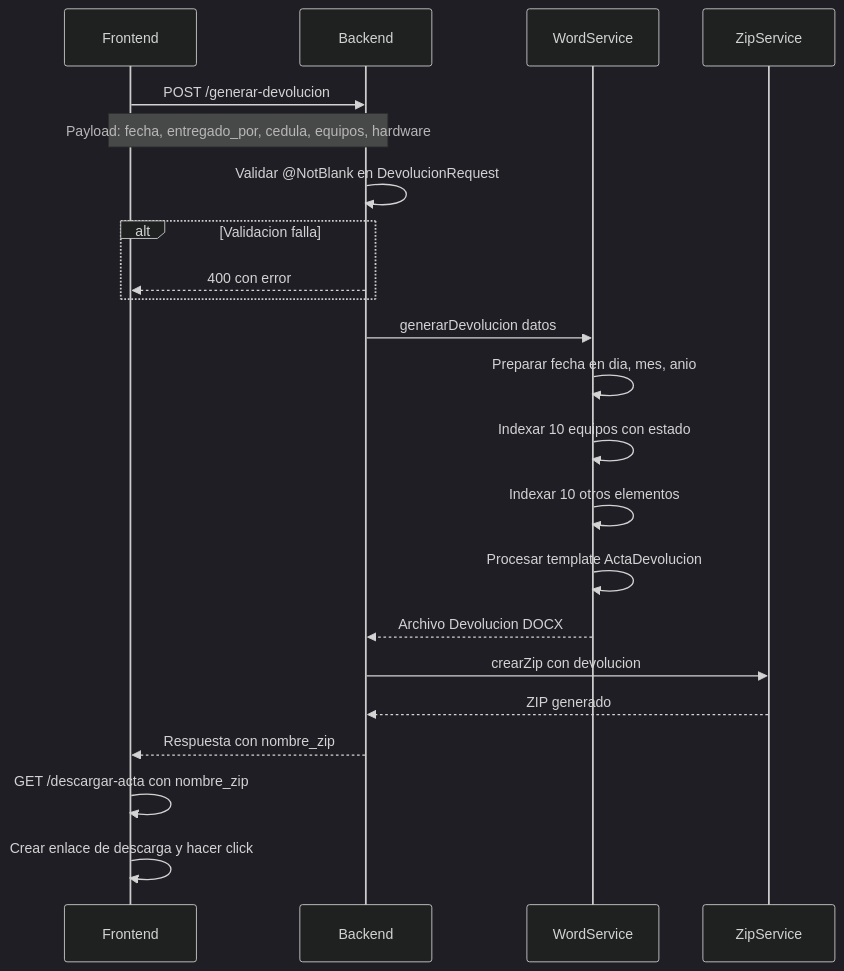
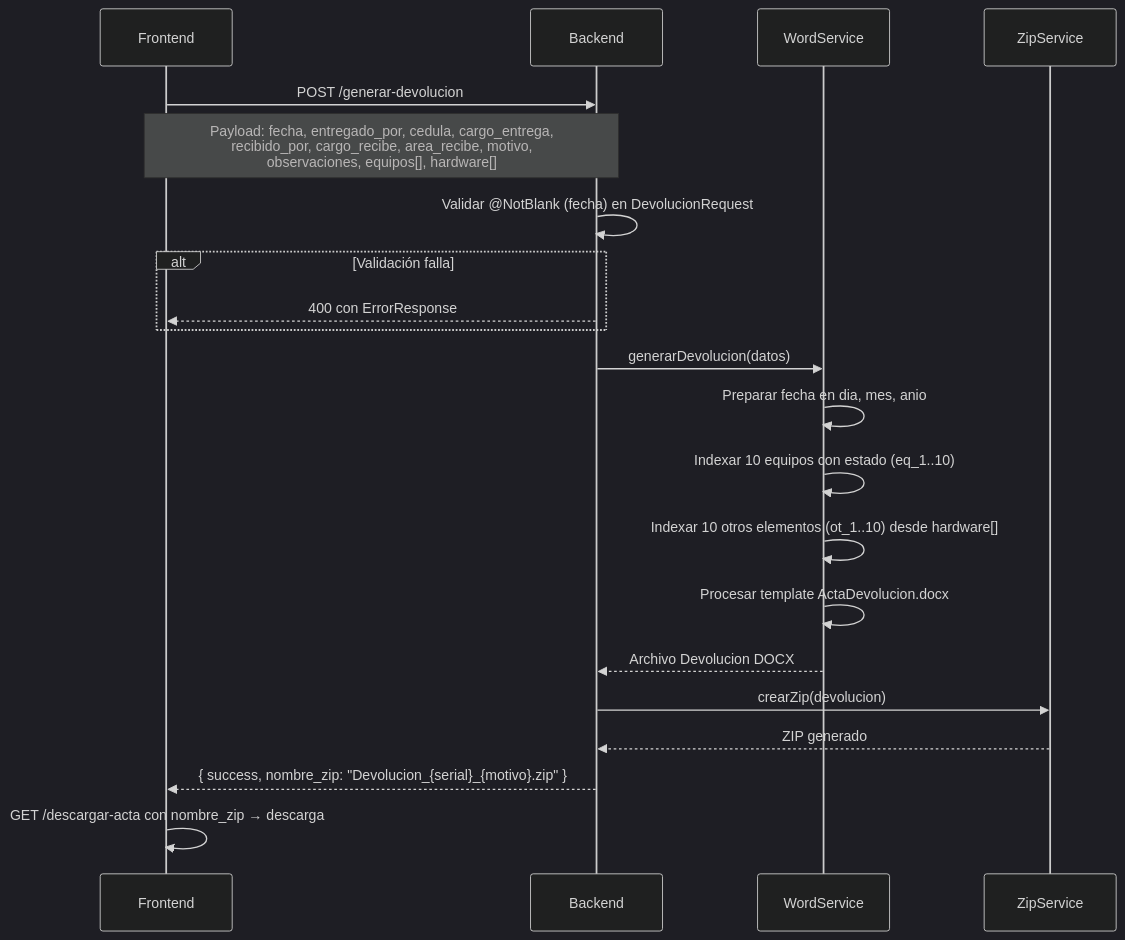
Before and after one commit to juanjosehc/actas-glpi: the fifth of 11 diagrams in FLUJO_FUNCIONAL.md, drawn with Mermaid (dark theme). The commit also changed other lines of this file and 16 other files, not shown here.

````diff
--- a/FLUJO_FUNCIONAL.md
+++ b/FLUJO_FUNCIONAL.md
@@ -187,30 +186,28 @@
 ```mermaid
 sequenceDiagram
     participant U as Frontend
     participant B as Backend
     participant W as WordService
     participant Z as ZipService
 
     U->>B: POST /generar-devolucion
-    Note over U,B: Payload: fecha, entregado_por, cedula, equipos, hardware
+    Note over U,B: Payload: fecha, entregado_por, cedula, cargo_entrega,<br/>recibido_por, cargo_recibe, area_recibe, motivo,<br/>observaciones, equipos[], hardware[]
 
-    B->>B: Validar @NotBlank en DevolucionRequest
-    alt Validacion falla
-        B-->>U: 400 con error
+    B->>B: Validar @NotBlank (fecha) en DevolucionRequest
+    alt Validación falla
+        B-->>U: 400 con ErrorResponse
     end
 
-    B->>W: generarDevolucion datos
+    B->>W: generarDevolucion(datos)
     W->>W: Preparar fecha en dia, mes, anio
-    W->>W: Indexar 10 equipos con estado
-    W->>W: Indexar 10 otros elementos
-    W->>W: Procesar template ActaDevolucion
+    W->>W: Indexar 10 equipos con estado (eq_1..10)
+    W->>W: Indexar 10 otros elementos (ot_1..10) desde hardware[]
+    W->>W: Procesar template ActaDevolucion.docx
     W-->>B: Archivo Devolucion DOCX
 
-    B->>Z: crearZip con devolucion
+    B->>Z: crearZip(devolucion)
     Z-->>B: ZIP generado
 
-    B-->>U: Respuesta con nombre_zip
-
-    U->>U: GET /descargar-acta con nombre_zip
-    U->>U: Crear enlace de descarga y hacer click
+    B-->>U: { success, nombre_zip: "Devolucion_{serial}_{motivo}.zip" }
+    U->>U: GET /descargar-acta con nombre_zip → descarga
 ```
````
